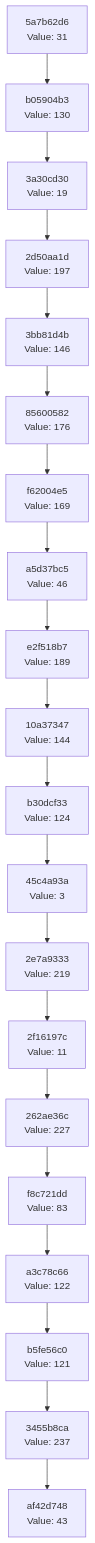
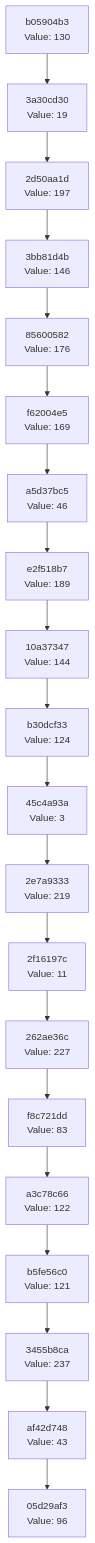
Before and after one commit to Abhisheksinha1506/hash-chain-evolver: the diagram in docs/CHAIN_VISUALIZATION.md, drawn with Mermaid. The commit also changed 3 other files, not shown here.

````diff
--- a/docs/CHAIN_VISUALIZATION.md
+++ b/docs/CHAIN_VISUALIZATION.md
@@ -3,42 +3,42 @@
 ```mermaid
 graph TD
-    C0["af42d748<br/>Value: 43"]
-    C1["3455b8ca<br/>Value: 237"]
+    C0["05d29af3<br/>Value: 96"]
+    C1["af42d748<br/>Value: 43"]
     C1 --> C0
-    C2["b5fe56c0<br/>Value: 121"]
+    C2["3455b8ca<br/>Value: 237"]
     C2 --> C1
-    C3["a3c78c66<br/>Value: 122"]
+    C3["b5fe56c0<br/>Value: 121"]
     C3 --> C2
-    C4["f8c721dd<br/>Value: 83"]
+    C4["a3c78c66<br/>Value: 122"]
     C4 --> C3
-    C5["262ae36c<br/>Value: 227"]
+    C5["f8c721dd<br/>Value: 83"]
     C5 --> C4
-    C6["2f16197c<br/>Value: 11"]
+    C6["262ae36c<br/>Value: 227"]
     C6 --> C5
-    C7["2e7a9333<br/>Value: 219"]
+    C7["2f16197c<br/>Value: 11"]
     C7 --> C6
-    C8["45c4a93a<br/>Value: 3"]
+    C8["2e7a9333<br/>Value: 219"]
     C8 --> C7
-    C9["b30dcf33<br/>Value: 124"]
+    C9["45c4a93a<br/>Value: 3"]
     C9 --> C8
-    C10["10a37347<br/>Value: 144"]
+    C10["b30dcf33<br/>Value: 124"]
     C10 --> C9
-    C11["e2f518b7<br/>Value: 189"]
+    C11["10a37347<br/>Value: 144"]
     C11 --> C10
-    C12["a5d37bc5<br/>Value: 46"]
+    C12["e2f518b7<br/>Value: 189"]
     C12 --> C11
-    C13["f62004e5<br/>Value: 169"]
+    C13["a5d37bc5<br/>Value: 46"]
     C13 --> C12
-    C14["85600582<br/>Value: 176"]
+    C14["f62004e5<br/>Value: 169"]
     C14 --> C13
-    C15["3bb81d4b<br/>Value: 146"]
+    C15["85600582<br/>Value: 176"]
     C15 --> C14
-    C16["2d50aa1d<br/>Value: 197"]
+    C16["3bb81d4b<br/>Value: 146"]
     C16 --> C15
-    C17["3a30cd30<br/>Value: 19"]
+    C17["2d50aa1d<br/>Value: 197"]
     C17 --> C16
-    C18["b05904b3<br/>Value: 130"]
+    C18["3a30cd30<br/>Value: 19"]
     C18 --> C17
-    C19["5a7b62d6<br/>Value: 31"]
+    C19["b05904b3<br/>Value: 130"]
     C19 --> C18
 ```
````
